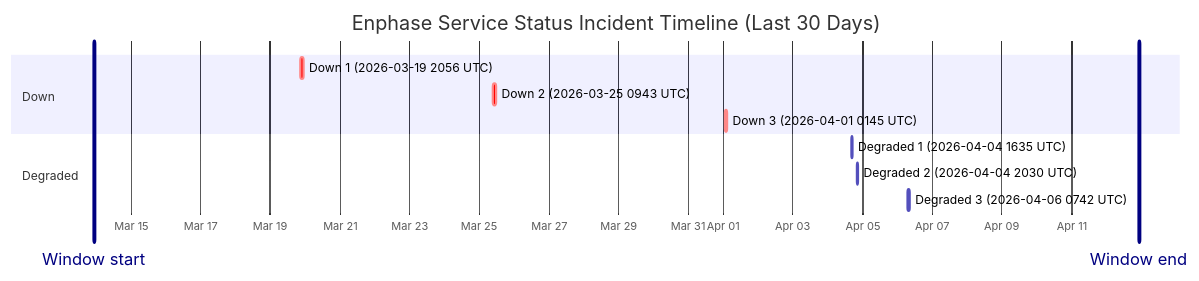
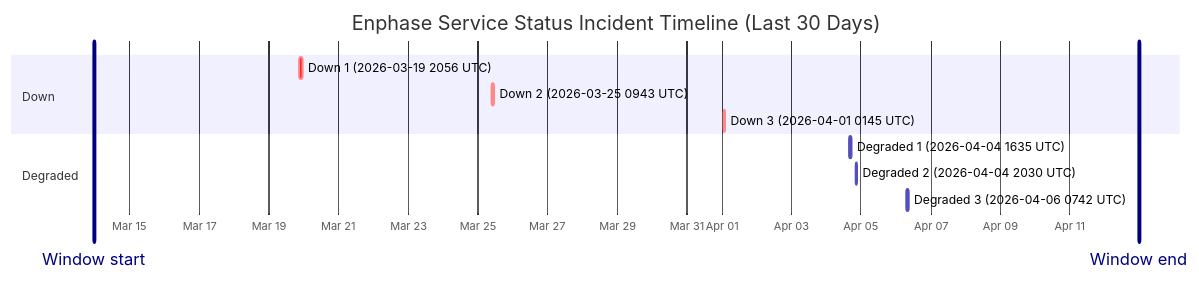
The diagram in wiki/Service-Status-History.md (barneyonline/ha-enphase-ev-charger), drawn with Mermaid before and after one commit. The commit also changed other lines of this file and 3 other files, not shown here.

````diff
--- a/wiki/Service-Status-History.md
+++ b/wiki/Service-Status-History.md
@@ -14,16 +14,16 @@
 ```mermaid
 gantt
     title Enphase Service Status Incident Timeline (Last 30 Days)
     dateFormat  YYYY-MM-DDTHH:mm:ss
     axisFormat  %b %d
-    Window start :vert, window-start, 2026-03-13T22:33:20, 0ms
-    Window end :vert, window-end, 2026-04-12T22:33:20, 0ms
+    Window start :vert, window-start, 2026-03-13T23:34:01, 0ms
+    Window end :vert, window-end, 2026-04-12T23:34:01, 0ms
     section Down
     Down 1 (2026-03-19 2056 UTC) :crit, down-1, 2026-03-19T20:56:20, 145m
     Down 2 (2026-03-25 0943 UTC) :crit, down-2, 2026-03-25T09:43:28, 111m
     Down 3 (2026-04-01 0145 UTC) :crit, down-3, 2026-04-01T01:45:09, 60m
     section Degraded
     Degraded 1 (2026-04-04 1635 UTC) :active, degraded-1, 2026-04-04T16:35:17, 60m
     Degraded 2 (2026-04-04 2030 UTC) :active, degraded-2, 2026-04-04T20:30:40, 60m
     Degraded 3 (2026-04-06 0742 UTC) :active, degraded-3, 2026-04-06T07:42:09, 85m
 ```
````
